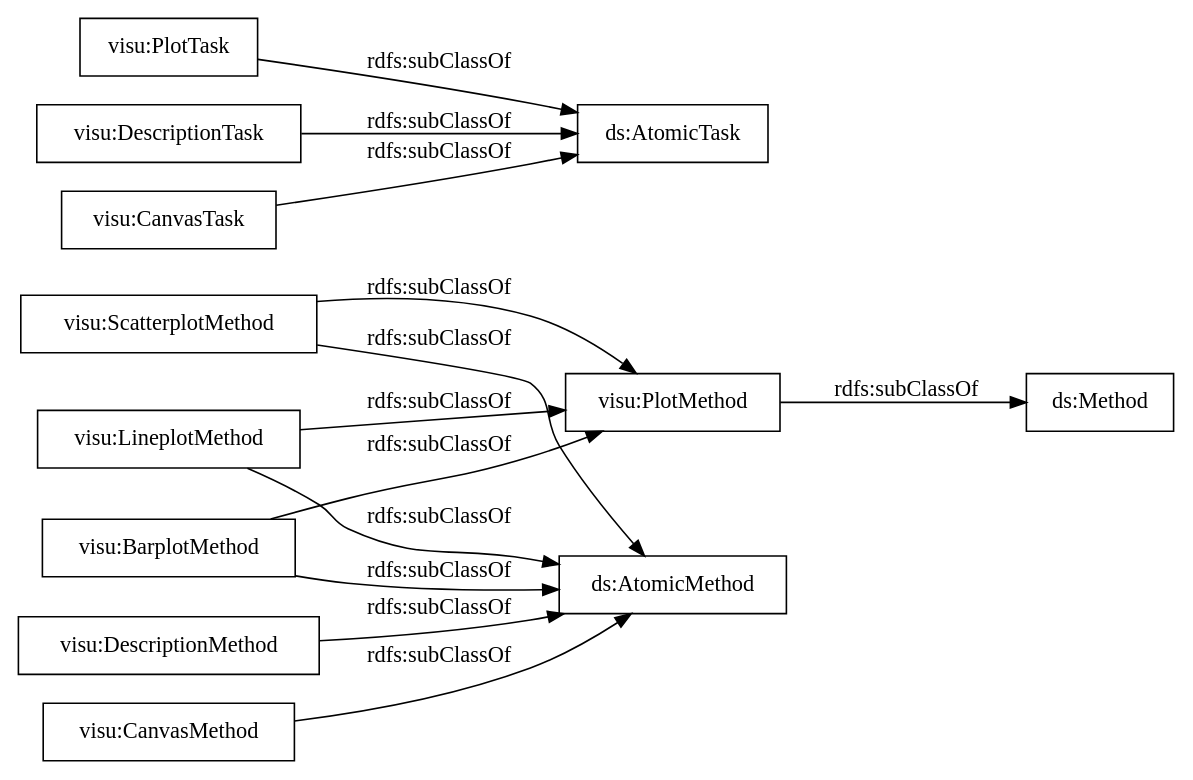
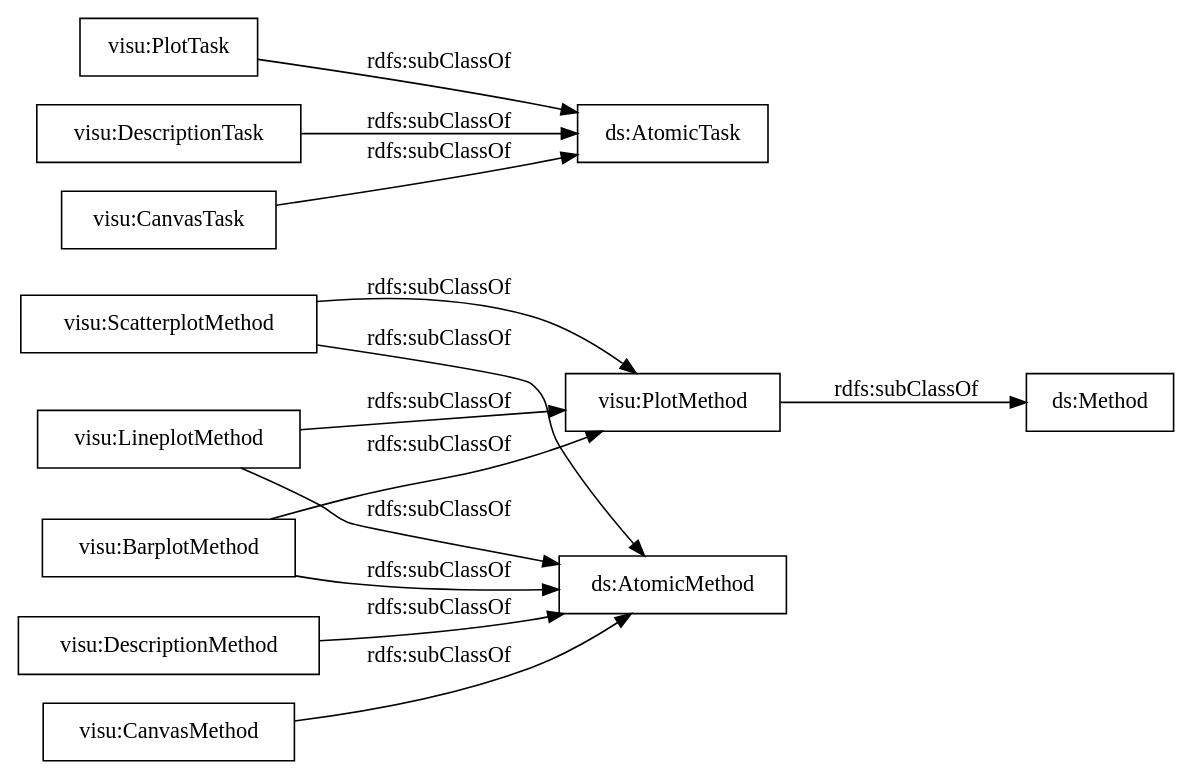
Before and after one commit to nsai-uio/ExeKGOntology: the diagram in OnToology/visu_exeKGOntology.ttl/diagrams/ar2dtool-taxonomy/visu_exeKGOntology.ttl.png.dot, drawn with Graphviz. The commit also changed other lines of this file and 37 other files, not shown here.

```diff
--- a/OnToology/visu_exeKGOntology.ttl/diagrams/ar2dtool-taxonomy/visu_exeKGOntology.ttl.png.dot
+++ b/OnToology/visu_exeKGOntology.ttl/diagrams/ar2dtool-taxonomy/visu_exeKGOntology.ttl.png.dot
@@ -1,18 +1,18 @@
 digraph ar2dtool_diagram { 
 rankdir=LR;
 size="1000"
 node [shape = rectangle, color="black"]; "visu:ScatterplotMethod" "visu:PlotTask" "visu:PlotMethod" "visu:LineplotMethod" "visu:DescriptionTask" "visu:DescriptionMethod" "visu:CanvasTask" "visu:CanvasMethod" "visu:BarplotMethod" ; /*classes style*/
+	"visu:LineplotMethod" -> "visu:PlotMethod" [ label = "rdfs:subClassOf" ];
+	"visu:LineplotMethod" -> "ds:AtomicMethod" [ label = "rdfs:subClassOf" ];
 	"visu:BarplotMethod" -> "visu:PlotMethod" [ label = "rdfs:subClassOf" ];
 	"visu:BarplotMethod" -> "ds:AtomicMethod" [ label = "rdfs:subClassOf" ];
-	"visu:LineplotMethod" -> "visu:PlotMethod" [ label = "rdfs:subClassOf" ];
-	"visu:LineplotMethod" -> "ds:AtomicMethod" [ label = "rdfs:subClassOf" ];
+	"visu:CanvasMethod" -> "ds:AtomicMethod" [ label = "rdfs:subClassOf" ];
+	"visu:PlotMethod" -> "ds:Method" [ label = "rdfs:subClassOf" ];
 	"visu:DescriptionMethod" -> "ds:AtomicMethod" [ label = "rdfs:subClassOf" ];
-	"visu:CanvasMethod" -> "ds:AtomicMethod" [ label = "rdfs:subClassOf" ];
-	"visu:CanvasTask" -> "ds:AtomicTask" [ label = "rdfs:subClassOf" ];
+	"visu:PlotTask" -> "ds:AtomicTask" [ label = "rdfs:subClassOf" ];
 	"visu:ScatterplotMethod" -> "visu:PlotMethod" [ label = "rdfs:subClassOf" ];
 	"visu:ScatterplotMethod" -> "ds:AtomicMethod" [ label = "rdfs:subClassOf" ];
-	"visu:PlotTask" -> "ds:AtomicTask" [ label = "rdfs:subClassOf" ];
 	"visu:DescriptionTask" -> "ds:AtomicTask" [ label = "rdfs:subClassOf" ];
-	"visu:PlotMethod" -> "ds:Method" [ label = "rdfs:subClassOf" ];
+	"visu:CanvasTask" -> "ds:AtomicTask" [ label = "rdfs:subClassOf" ];
 
 }
```
